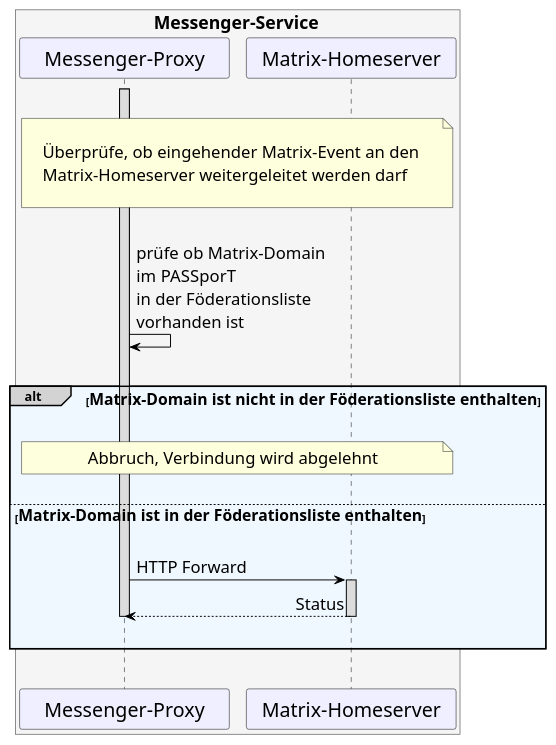
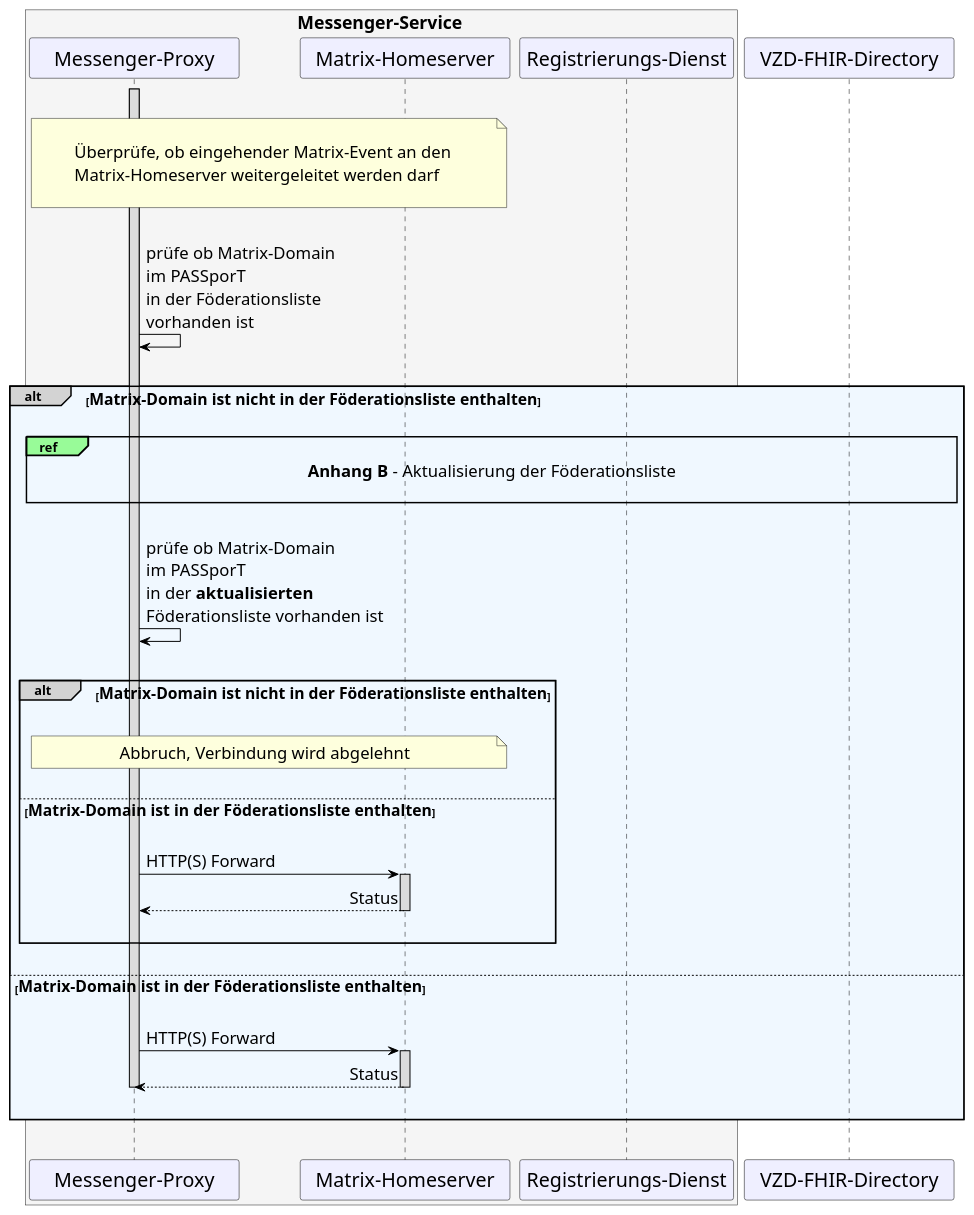
The diagram in src/plantuml/TI-Messenger-Dienst/Ressourcen/UC_10064_Seq.puml (gematik/api-ti-messenger), drawn with PlantUML before and after one commit.

```diff
--- a/src/plantuml/TI-Messenger-Dienst/Ressourcen/UC_10064_Seq.puml
+++ b/src/plantuml/TI-Messenger-Dienst/Ressourcen/UC_10064_Seq.puml
@@ -9,58 +9,76 @@
 @startuml
 skinparam sequenceMessageAlign direction
 skinparam minClassWidth 200
 skinparam BoxPadding 1
 skinparam sequenceReferenceHeaderBackgroundColor palegreen
 scale max 2048 width
 
 skinparam sequence {
 ArrowColor black
 ArrowFontSize 17
 ActorBorderColor black
 LifeLineBorderColor black
 LifeLineBackgroundColor Gainsboro
 
 ParticipantBorderColor Motivation
 ParticipantBackgroundColor Motivation
 ParticipantFontName Impact
 ParticipantFontSize 20
 ParticipantFontColor black
 ParticipantBorderColor Black
 ParticipantBackgroundColor MOTIVATION
 
 ActorBackgroundColor Gainsboro
 ActorFontColor black
 ActorFontSize 20
 ActorFontName Aapex
 }
     box <size:18>Messenger-Service</size> #WhiteSmoke
     participant MP as "Messenger-Proxy"
     participant MH as "Matrix-Homeserver"
+    participant RD as "Registrierungs-Dienst"
     end box
+    participant VZD as "VZD-FHIR-Directory"
 
 |||
 note over MP, MH: \n<size:17>Überprüfe, ob eingehender Matrix-Event an den \n<size:17>Matrix-Homeserver weitergeleitet werden darf</size>\n
 |||
 
     Activate MP
   MP->MP: prüfe ob Matrix-Domain \nim PASSporT \nin der Föderationsliste \nvorhanden ist
 
 |||
 alt#LightGrey #AliceBlue <size:16>Matrix-Domain ist nicht in der Föderationsliste enthalten</size>
 |||  
 
-  note over MP, MH: <size:17>Abbruch, Verbindung wird abgelehnt</size>
-  ||| 
-  
+  ref over MP, VZD: <size:17>**Anhang B** - Aktualisierung der Föderationsliste</size>\n 
+  |||
+  MP->MP: prüfe ob Matrix-Domain \nim PASSporT \nin der **aktualisierten** \nFöderationsliste vorhanden ist
+  |||
+
+    alt#LightGrey #AliceBlue <size:16>Matrix-Domain ist nicht in der Föderationsliste enthalten</size>
+      |||
+      note over MP, MH: <size:17>Abbruch, Verbindung wird abgelehnt</size>
+      ||| 
+      else <size:16>Matrix-Domain ist in der Föderationsliste enthalten</size>
+      |||
+         MP->MH: HTTP(S) Forward
+          Activate MH
+        MH-->MP: Status
+          Deactivate MH
+      |||
+    end
+
+  |||
   else <size:16>Matrix-Domain ist in der Föderationsliste enthalten</size>
     ||| 
-    MP->MH: HTTP Forward
+    MP->MH: HTTP(S) Forward
       Activate MH
     MH-->MP: Status
       Deactivate MH
       Deactivate MP
     ||| 
 
 end
 |||
 @enduml
```
